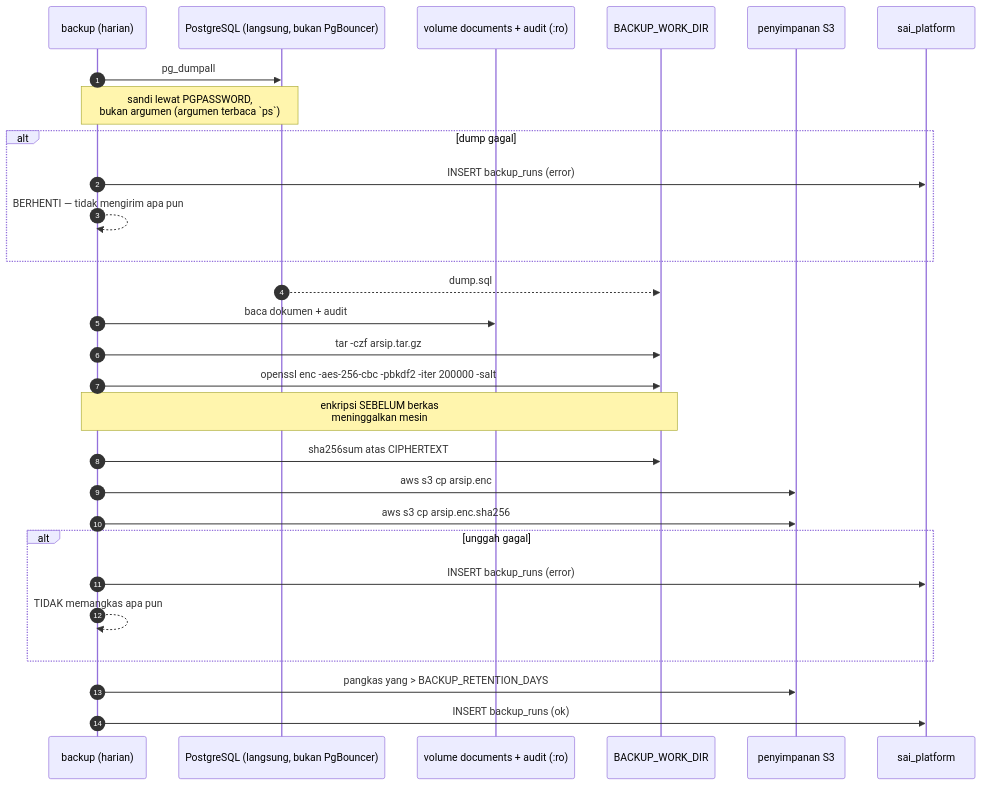
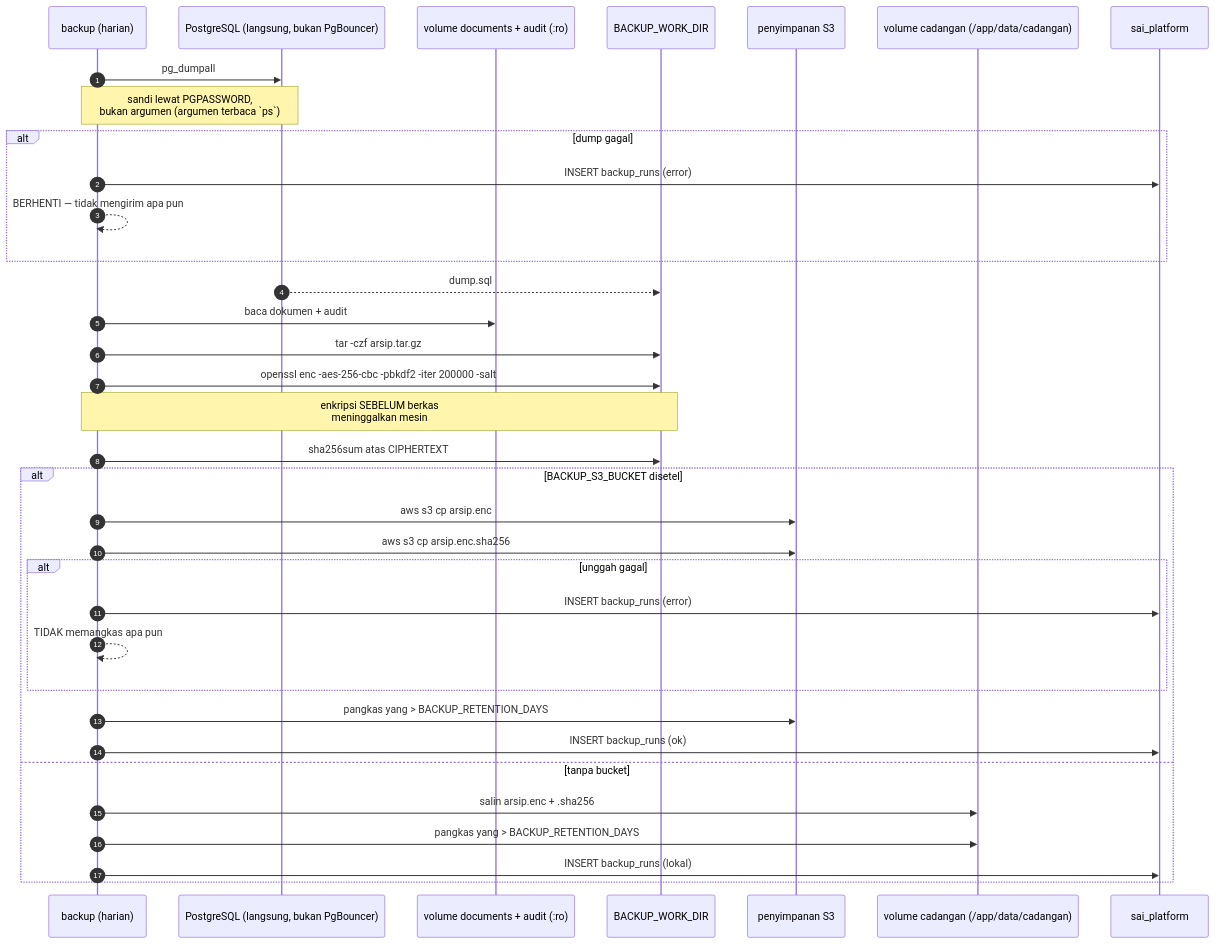
One commit to tri-evendi/sai-accounting changed the sixth of 9 diagrams in docs/arsitektur/06-ALIRAN-DATA.md. Above: the diagram before and after it, drawn with Mermaid. The commit also changed other lines of this file and 43 other files, not shown here.

````diff
--- a/docs/arsitektur/06-ALIRAN-DATA.md
+++ b/docs/arsitektur/06-ALIRAN-DATA.md
@@ -293,34 +290,40 @@
 ```mermaid
 sequenceDiagram
     autonumber
     participant B as backup (harian)
     participant DB as PostgreSQL (langsung, bukan PgBouncer)
     participant V as volume documents + audit (:ro)
     participant FS as BACKUP_WORK_DIR
     participant S3 as penyimpanan S3
+    participant L as volume cadangan (/app/data/cadangan)
     participant PDB as sai_platform
 
     B->>DB: pg_dumpall
     Note over B,DB: sandi lewat PGPASSWORD,<br/>bukan argumen (argumen terbaca `ps`)
     alt dump gagal
         B->>PDB: INSERT backup_runs (error)
         B-->>B: BERHENTI — tidak mengirim apa pun
     end
     DB-->>FS: dump.sql
 
     B->>V: baca dokumen + audit
     B->>FS: tar -czf arsip.tar.gz
     B->>FS: openssl enc -aes-256-cbc -pbkdf2 -iter 200000 -salt
     Note over B,FS: enkripsi SEBELUM berkas<br/>meninggalkan mesin
     B->>FS: sha256sum atas CIPHERTEXT
 
-    B->>S3: aws s3 cp arsip.enc
-    B->>S3: aws s3 cp arsip.enc.sha256
-    alt unggah gagal
-        B->>PDB: INSERT backup_runs (error)
-        B-->>B: TIDAK memangkas apa pun
+    alt BACKUP_S3_BUCKET disetel
+        B->>S3: aws s3 cp arsip.enc
+        B->>S3: aws s3 cp arsip.enc.sha256
+        alt unggah gagal
+            B->>PDB: INSERT backup_runs (error)
+            B-->>B: TIDAK memangkas apa pun
+        end
+        B->>S3: pangkas yang > BACKUP_RETENTION_DAYS
+        B->>PDB: INSERT backup_runs (ok)
+    else tanpa bucket
+        B->>L: salin arsip.enc + .sha256
+        B->>L: pangkas yang > BACKUP_RETENTION_DAYS
+        B->>PDB: INSERT backup_runs (lokal)
     end
-
-    B->>S3: pangkas yang > BACKUP_RETENTION_DAYS
-    B->>PDB: INSERT backup_runs (ok)
 ```
````
